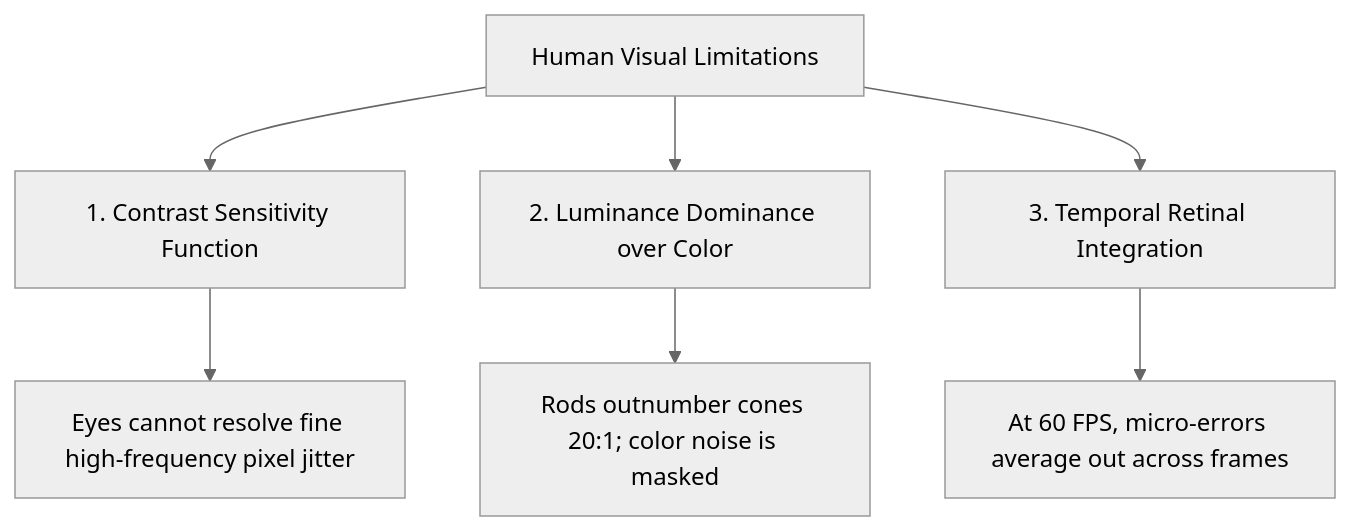
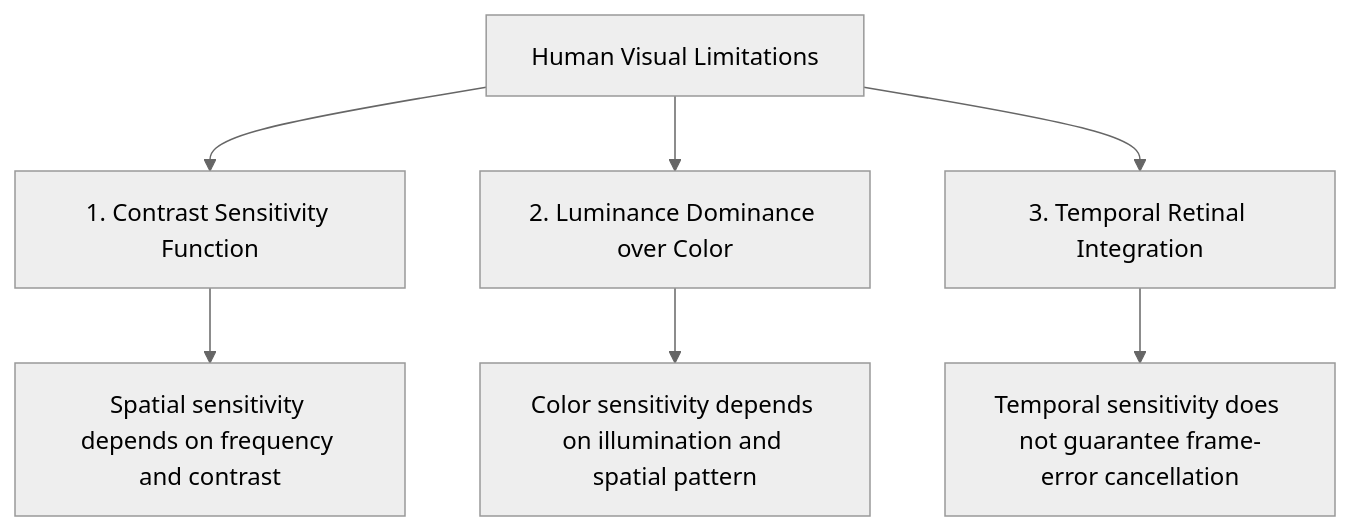
The diagram in docs/bridge/human-eyes-and-pixels.md (Inexact-Computing/public), drawn with Mermaid (neutral theme) before and after one commit. The commit also changed other lines of this file and 32 other files, not shown here.

````diff
--- a/docs/bridge/human-eyes-and-pixels.md
+++ b/docs/bridge/human-eyes-and-pixels.md
@@ -13,10 +134,10 @@
 ```mermaid
 graph TD
     HVS[Human Visual Limitations] --> H1[1. Contrast Sensitivity Function]
     HVS --> H2[2. Luminance Dominance over Color]
     HVS --> H3[3. Temporal Retinal Integration]
 
-    H1 --> R1[Eyes cannot resolve fine high-frequency pixel jitter]
-    H2 --> R2[Rods outnumber cones 20:1; color noise is masked]
-    H3 --> R3[At 60 FPS, micro-errors average out across frames]
+    H1 --> R1[Spatial sensitivity depends on frequency and contrast]
+    H2 --> R2[Color sensitivity depends on illumination and spatial pattern]
+    H3 --> R3[Temporal sensitivity does not guarantee frame-error cancellation]
 ```
````
